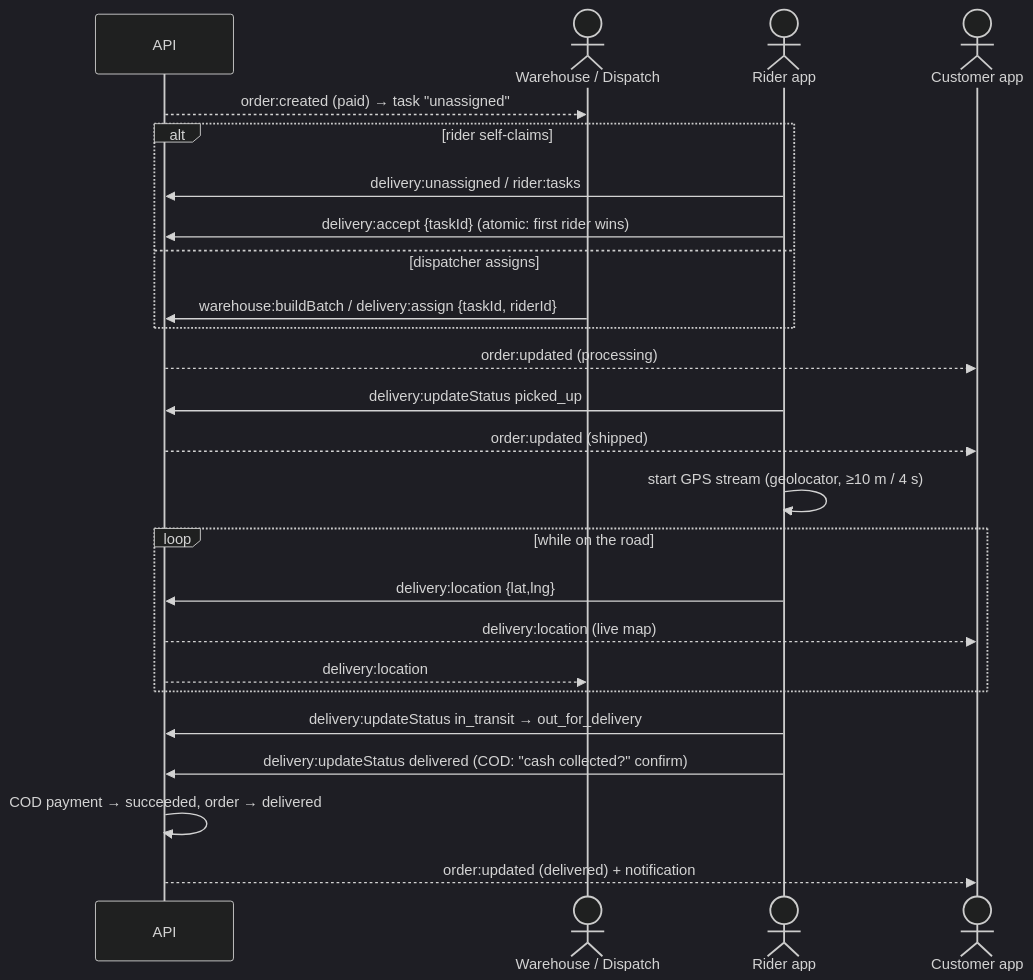
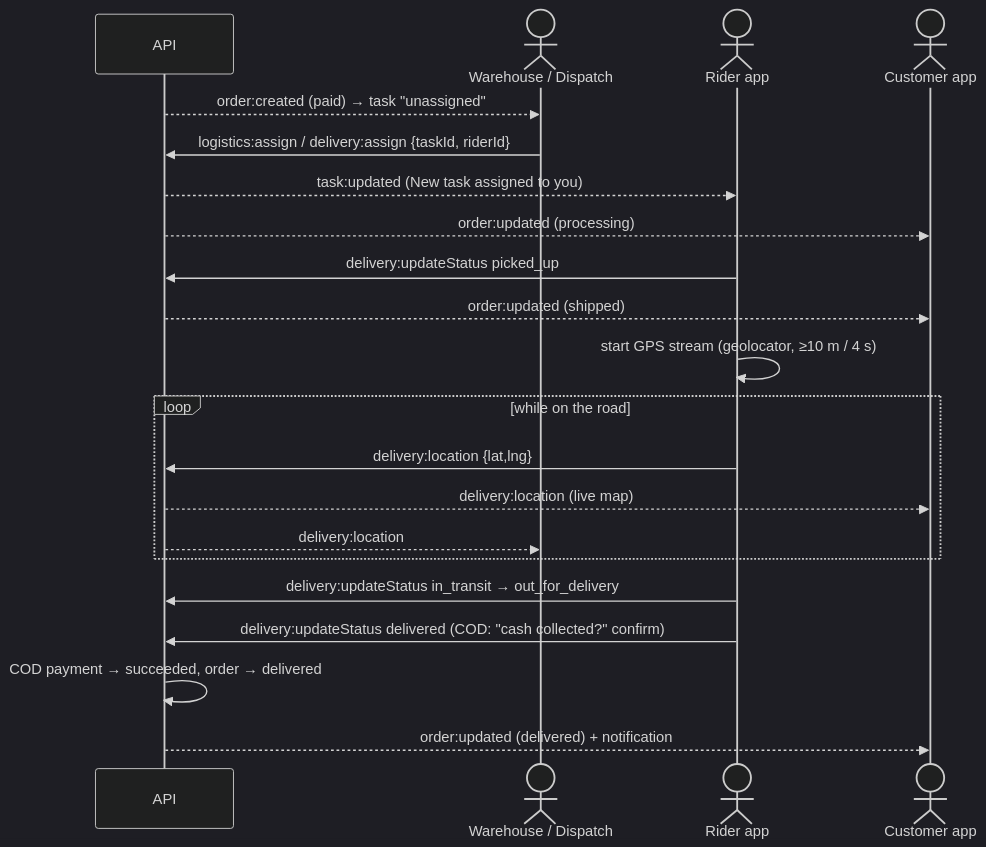
Diagram 17 of 20 in docs/ARCHITECTURE.md (WaseemMirzaa/somba-apps), drawn with Mermaid (dark theme) before and after one commit. The commit also changed other lines of this file and 42 other files, not shown here.

````diff
--- a/docs/ARCHITECTURE.md
+++ b/docs/ARCHITECTURE.md
@@ -1626,27 +1626,23 @@
 ```mermaid
 sequenceDiagram
   participant API
   actor WH as Warehouse / Dispatch
   actor R as Rider app
   actor C as Customer app
   API-->>WH: order:created (paid) → task "unassigned"
-  alt rider self-claims
-    R->>API: delivery:unassigned / rider:tasks
-    R->>API: delivery:accept {taskId} (atomic: first rider wins)
-  else dispatcher assigns
-    WH->>API: warehouse:buildBatch / delivery:assign {taskId, riderId}
-  end
+  WH->>API: logistics:assign / delivery:assign {taskId, riderId}
+  API-->>R: task:updated (New task assigned to you)
   API-->>C: order:updated (processing)
   R->>API: delivery:updateStatus picked_up
   API-->>C: order:updated (shipped)
   R->>R: start GPS stream (geolocator, ≥10 m / 4 s)
   loop while on the road
     R->>API: delivery:location {lat,lng}
     API-->>C: delivery:location (live map)
     API-->>WH: delivery:location
   end
   R->>API: delivery:updateStatus in_transit → out_for_delivery
   R->>API: delivery:updateStatus delivered (COD: "cash collected?" confirm)
   API->>API: COD payment → succeeded, order → delivered
   API-->>C: order:updated (delivered) + notification
 ```
````
